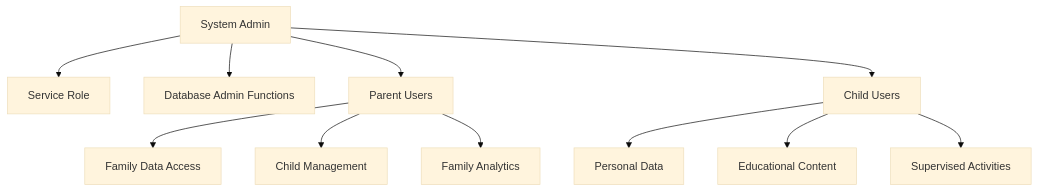
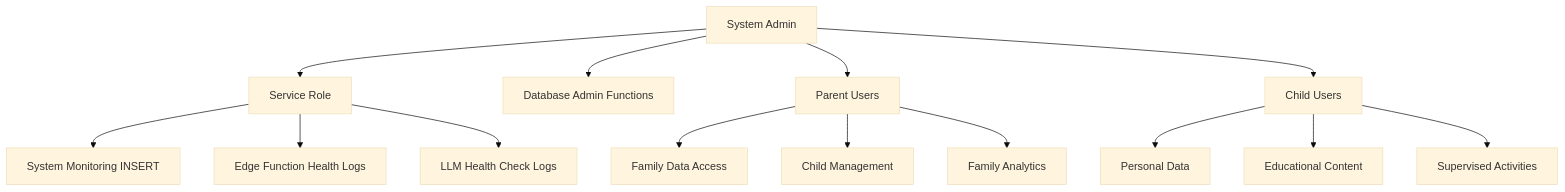
One commit to tasyymou5e/chatterbox changed the diagram in RLS_SECURITY_KNOWLEDGE.md. Above: the diagram before and after it, drawn with Mermaid (base theme). The commit also changed other lines of this file, not shown here.

````diff
--- a/RLS_SECURITY_KNOWLEDGE.md
+++ b/RLS_SECURITY_KNOWLEDGE.md
@@ -20,16 +21,20 @@
 ```mermaid
 graph TD
     A[System Admin] --> B[Service Role]
     A --> C[Database Admin Functions]
     
     D[Parent Users] --> E[Family Data Access]
     D --> F[Child Management]
     D --> G[Family Analytics]
     
     H[Child Users] --> I[Personal Data]
     H --> J[Educational Content]
     H --> K[Supervised Activities]
     
+    B --> L[System Monitoring INSERT]
+    B --> M[Edge Function Health Logs]
+    B --> N[LLM Health Check Logs]
+    
     A --> D
     A --> H
 ```
````
